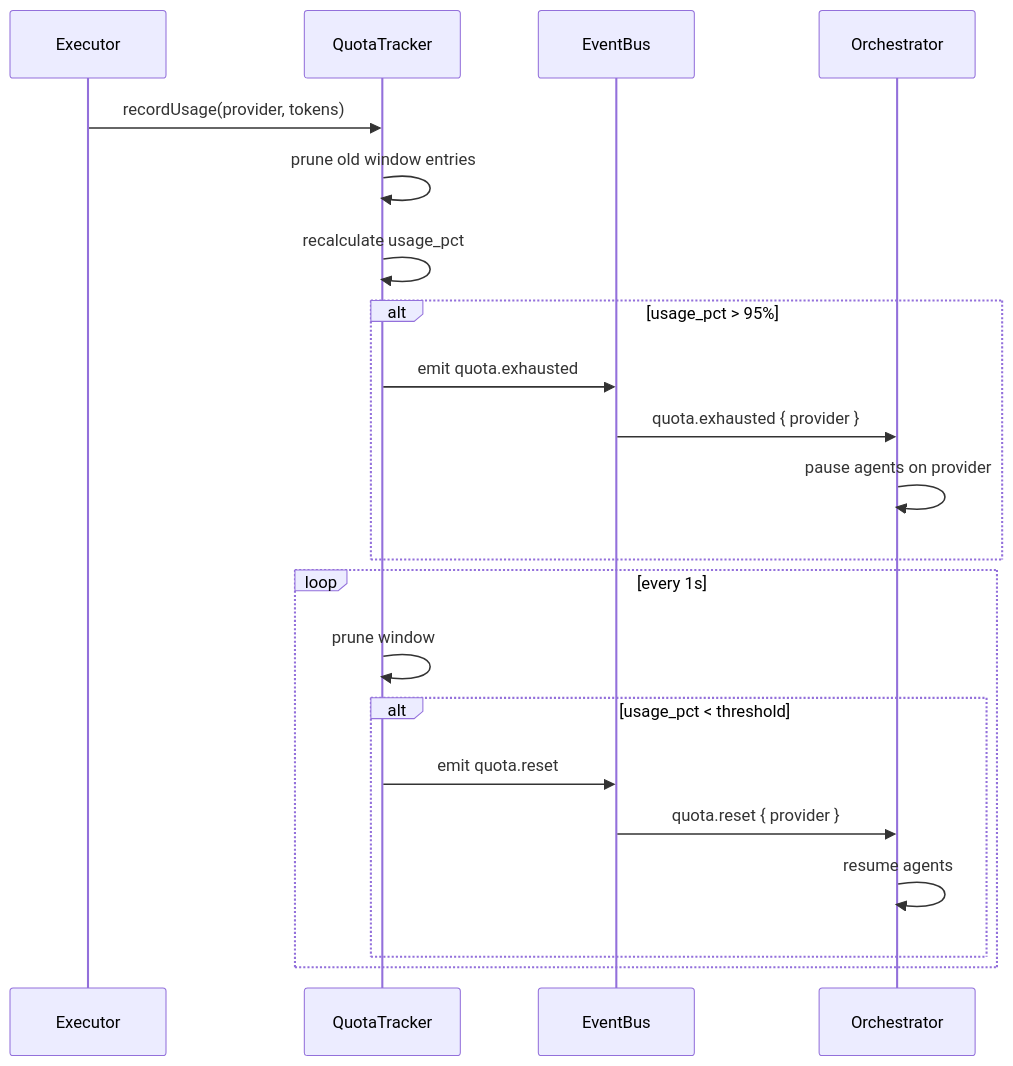
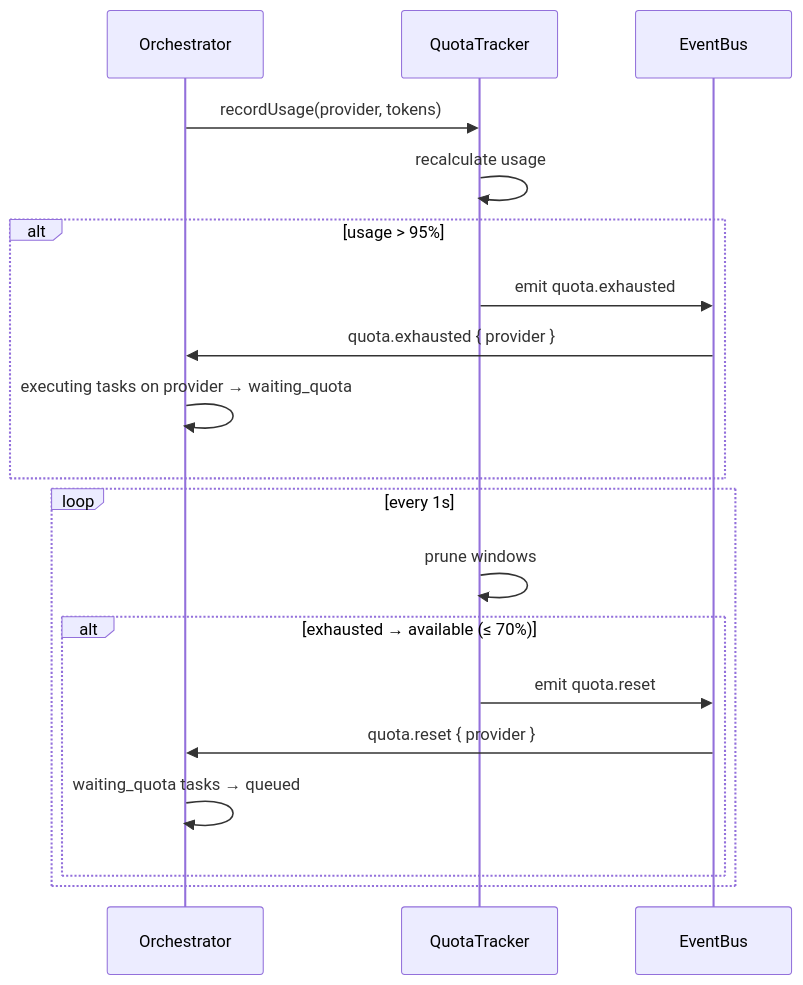
One commit to sinsonido/agentforge changed the fourth of 5 diagrams in docs/architecture.md. Above: the diagram before and after it, drawn with Mermaid. The commit also changed other lines of this file and 11 other files, not shown here.

````diff
--- a/docs/architecture.md
+++ b/docs/architecture.md
@@ -128,26 +154,24 @@
 ```mermaid
 sequenceDiagram
-    participant E as Executor
+    participant ORC as Orchestrator
     participant QT as QuotaTracker
     participant EB as EventBus
-    participant ORC as Orchestrator
 
-    E->>QT: recordUsage(provider, tokens)
-    QT->>QT: prune old window entries
-    QT->>QT: recalculate usage_pct
+    ORC->>QT: recordUsage(provider, tokens)
+    QT->>QT: recalculate usage
 
-    alt usage_pct > 95%
+    alt usage > 95%
         QT->>EB: emit quota.exhausted
         EB->>ORC: quota.exhausted { provider }
-        ORC->>ORC: pause agents on provider
+        ORC->>ORC: executing tasks on provider → waiting_quota
     end
 
     loop every 1s
-        QT->>QT: prune window
-        alt usage_pct < threshold
+        QT->>QT: prune windows
+        alt exhausted → available (≤ 70%)
             QT->>EB: emit quota.reset
             EB->>ORC: quota.reset { provider }
-            ORC->>ORC: resume agents
+            ORC->>ORC: waiting_quota tasks → queued
         end
     end
 ```
````
